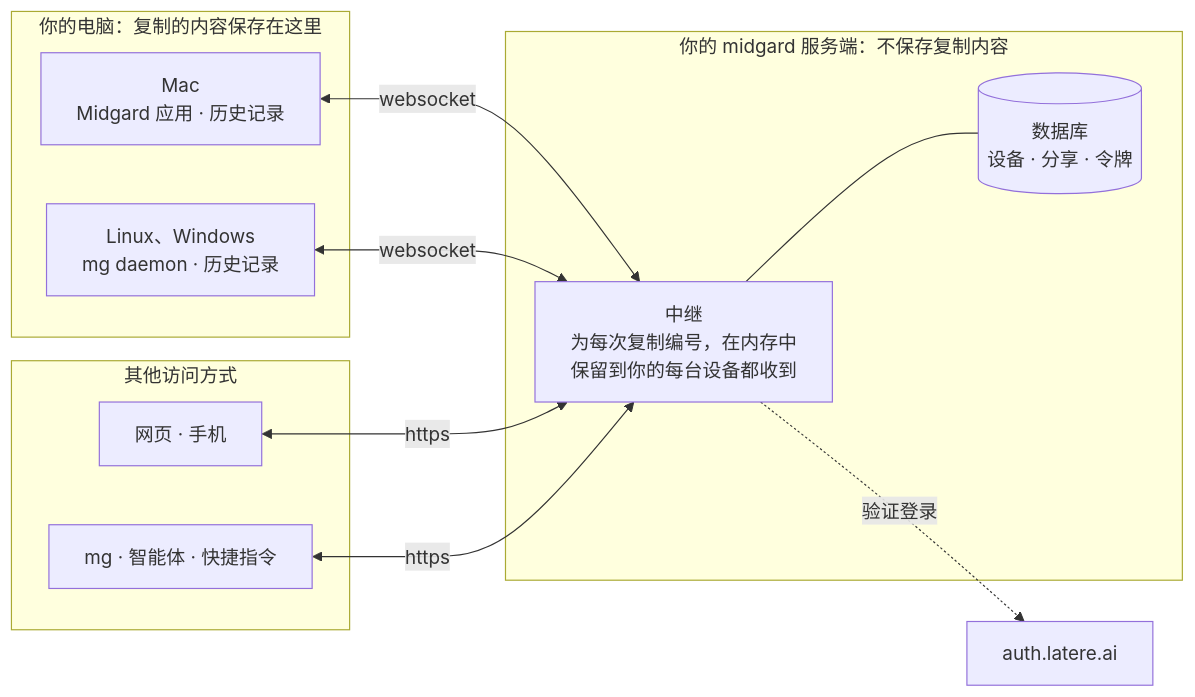
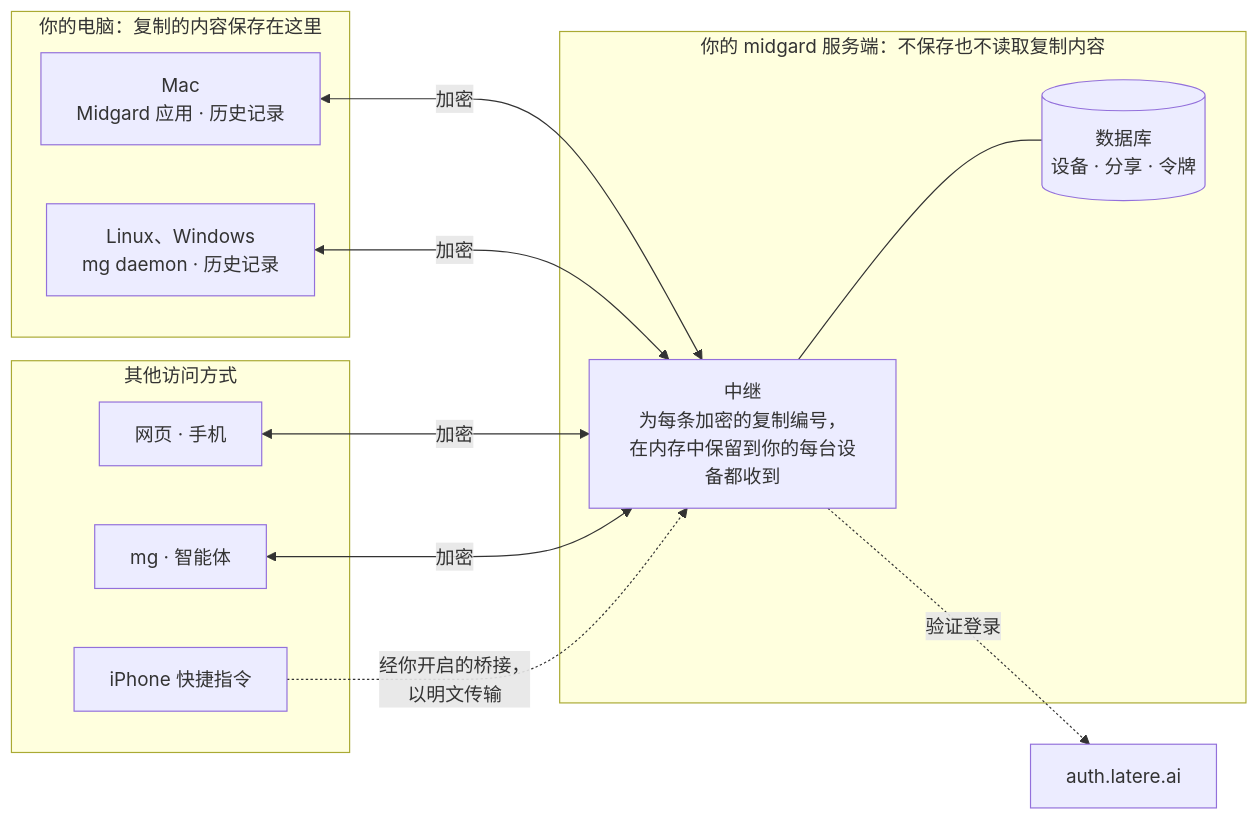
Before and after one commit to changkun/midgard: the first of 4 diagrams in docs/architecture.cn.md, drawn with Mermaid. The commit also changed other lines of this file and 8 other files, not shown here.

````diff
--- a/docs/architecture.cn.md
+++ b/docs/architecture.cn.md
@@ -7,22 +7,24 @@
 ```mermaid
 flowchart LR
     subgraph you["你的电脑：复制的内容保存在这里"]
         A["Mac<br/>Midgard 应用 · 历史记录"]
         B["Linux、Windows<br/>mg daemon · 历史记录"]
     end
     subgraph other["其他访问方式"]
         W["网页 · 手机"]
-        C["mg · 智能体 · 快捷指令"]
+        C["mg · 智能体"]
+        P["iPhone 快捷指令"]
     end
-    subgraph server["你的 midgard 服务端：不保存复制内容"]
-        R["中继<br/>为每次复制编号，在内存中<br/>保留到你的每台设备都收到"]
+    subgraph server["你的 midgard 服务端：不保存也不读取复制内容"]
+        R["中继<br/>为每条加密的复制编号，<br/>在内存中保留到你的每台设备都收到"]
         S[("数据库<br/>设备 · 分享 · 令牌")]
     end
     L["auth.latere.ai"]
-    A <-->|websocket| R
-    B <-->|websocket| R
-    W <-->|https| R
-    C <-->|https| R
+    A <-->|加密| R
+    B <-->|加密| R
+    W <-->|加密| R
+    C <-->|加密| R
+    P -.->|经你开启的桥接，<br/>以明文传输| R
     R --- S
     R -.->|验证登录| L
 ```
````
